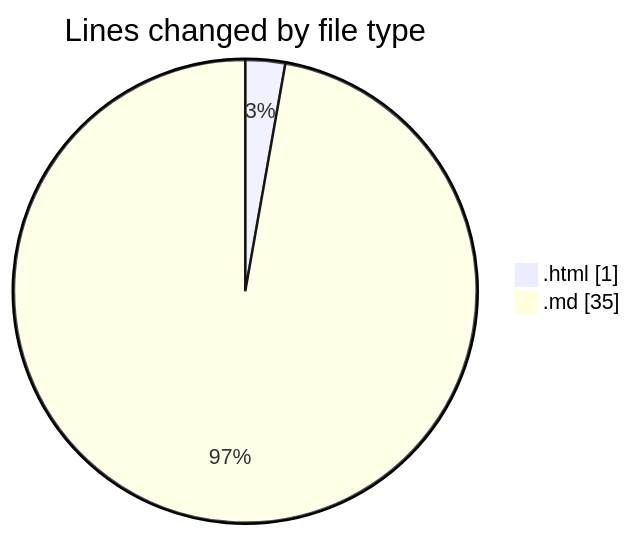
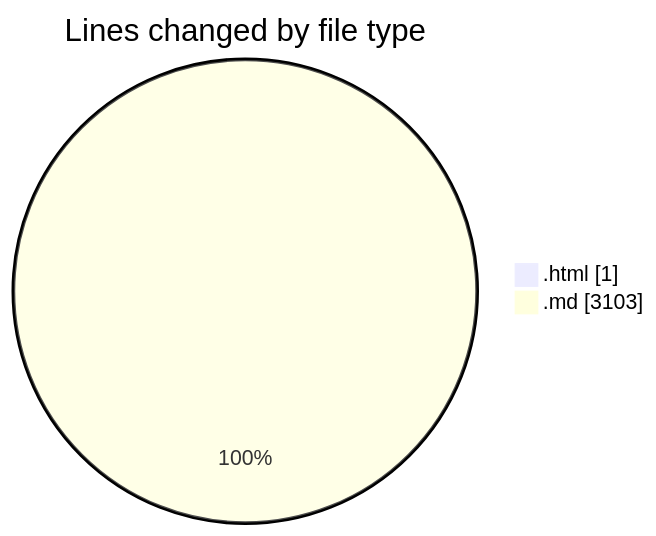
The first of 2 diagrams in 2025-07-08/urlwebwala_intership_work/README.md (Ritupan-Deka/code-tracking), drawn with Mermaid before and after one commit. The commit also changed other lines of this file and 1 other file, not shown here.

````diff
--- a/2025-07-08/urlwebwala_intership_work/README.md
+++ b/2025-07-08/urlwebwala_intership_work/README.md
@@ -21,6 +21,6 @@
 ```mermaid
 pie showData
 title Lines changed by file type
 ".html" : 1
-".md" : 35
+".md" : 3103
 ```
````
